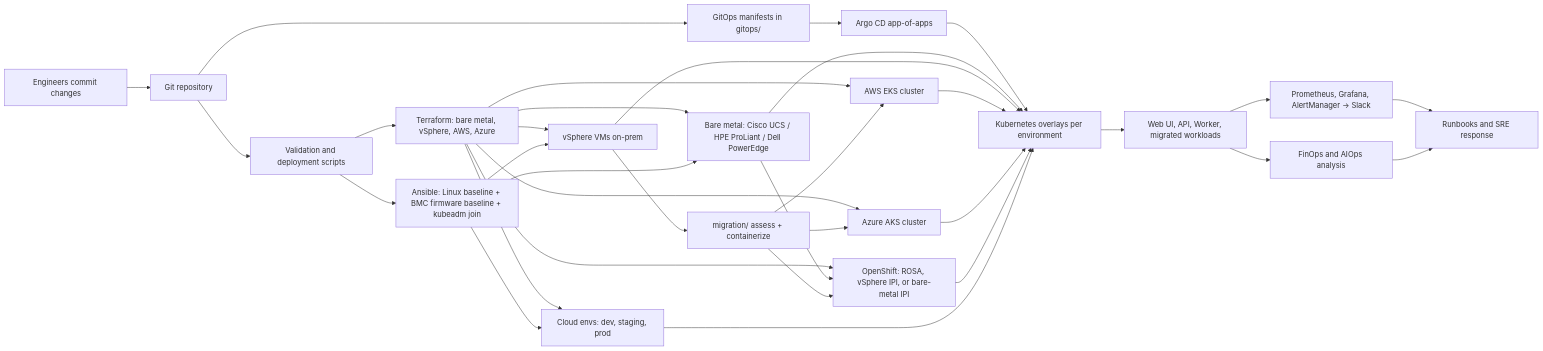
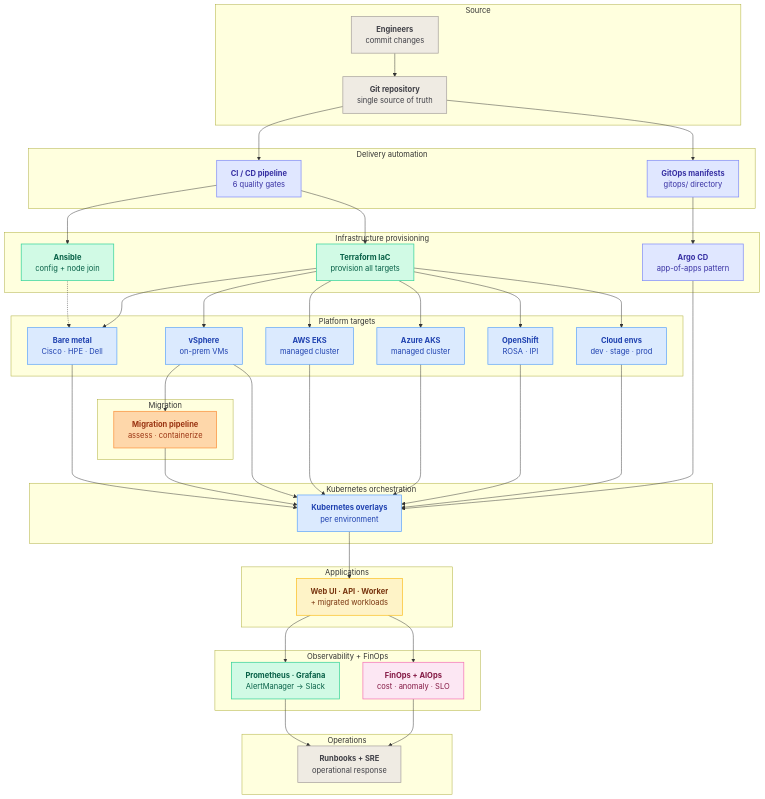
One commit to Here2ServeU/nawex-hybrid-devops-platform changed the diagram in README.md. Above: the diagram before and after it, drawn with Mermaid. The commit also changed other lines of this file, not shown here.

````diff
--- a/README.md
+++ b/README.md
@@ -36,35 +24,87 @@
 ```mermaid
-flowchart LR
-    Dev[Engineers commit changes] --> GH[Git repository]
-    GH --> CI[Validation and deployment scripts]
-    CI --> TF[Terraform: bare metal, vSphere, AWS, Azure]
-    CI --> ANS[Ansible: Linux baseline + BMC firmware baseline + kubeadm join]
-    GH --> GO[GitOps manifests in gitops/]
-    GO --> ARGO[Argo CD app-of-apps]
-    ARGO --> K8S[Kubernetes overlays per environment]
-    TF --> BM[Bare metal: Cisco UCS / HPE ProLiant / Dell PowerEdge]
-    TF --> VS[vSphere VMs on-prem]
-    TF --> EKS[AWS EKS cluster]
-    TF --> AKS[Azure AKS cluster]
-    TF --> OCP[OpenShift: ROSA, vSphere IPI, or bare-metal IPI]
-    TF --> CLOUD[Cloud envs: dev, staging, prod]
-    ANS --> BM
-    ANS --> VS
-    ANS --> CLOUD
-    BM --> OCP
-    BM --> K8S
-    VS --> K8S
-    EKS --> K8S
-    AKS --> K8S
-    OCP --> K8S
-    CLOUD --> K8S
-    VS --> MIG[migration/ assess + containerize]
-    MIG --> EKS
-    MIG --> AKS
-    MIG --> OCP
-    K8S --> APPS[Web UI, API, Worker, migrated workloads]
-    APPS --> OBS[Prometheus, Grafana, AlertManager → Slack]
-    OBS --> OPS[Runbooks and SRE response]
-    APPS --> FIN[FinOps and AIOps analysis]
-    FIN --> OPS
+flowchart TB
+    %% ───────── STYLES ─────────
+    classDef source   fill:#efebe3,stroke:#a8a29e,color:#3f3f46,stroke-width:1.5px
+    classDef delivery fill:#e0e7ff,stroke:#818cf8,color:#3730a3,stroke-width:1.5px
+    classDef infra    fill:#d1fae5,stroke:#34d399,color:#065f46,stroke-width:1.5px
+    classDef target   fill:#dbeafe,stroke:#60a5fa,color:#1e40af,stroke-width:1.5px
+    classDef migration fill:#fed7aa,stroke:#fb923c,color:#9a3412,stroke-width:1.5px
+    classDef apps     fill:#fef3c7,stroke:#fbbf24,color:#78350f,stroke-width:1.5px
+    classDef obs      fill:#d1fae5,stroke:#34d399,color:#065f46,stroke-width:1.5px
+    classDef finops   fill:#fce7f3,stroke:#f472b6,color:#831843,stroke-width:1.5px
+    classDef ops      fill:#efebe3,stroke:#a8a29e,color:#3f3f46,stroke-width:1.5px
+
+    subgraph SRC[Source]
+        DEV["<b>Engineers</b><br/>commit changes"]:::source
+        GIT["<b>Git repository</b><br/>single source of truth"]:::source
+    end
+
+    subgraph DEL[Delivery automation]
+        CI["<b>CI / CD pipeline</b><br/>6 quality gates"]:::delivery
+        GOM["<b>GitOps manifests</b><br/>gitops/ directory"]:::delivery
+    end
+
+    subgraph INF[Infrastructure provisioning]
+        ANS["<b>Ansible</b><br/>config + node join"]:::infra
+        TF["<b>Terraform IaC</b><br/>provision all targets"]:::infra
+        ARGO["<b>Argo CD</b><br/>app-of-apps pattern"]:::delivery
+    end
+
+    subgraph TGT[Platform targets]
+        BM["<b>Bare metal</b><br/>Cisco · HPE · Dell"]:::target
+        VS["<b>vSphere</b><br/>on-prem VMs"]:::target
+        EKS["<b>AWS EKS</b><br/>managed cluster"]:::target
+        AKS["<b>Azure AKS</b><br/>managed cluster"]:::target
+        OCP["<b>OpenShift</b><br/>ROSA · IPI"]:::target
+        CE["<b>Cloud envs</b><br/>dev · stage · prod"]:::target
+    end
+
+    subgraph MIG[Migration]
+        MP["<b>Migration pipeline</b><br/>assess · containerize"]:::migration
+    end
+
+    subgraph KO[Kubernetes orchestration]
+        KUBE["<b>Kubernetes overlays</b><br/>per environment"]:::target
+    end
+
+    subgraph APP[Applications]
+        WAW["<b>Web UI · API · Worker</b><br/>+ migrated workloads"]:::apps
+    end
+
+    subgraph OBSF[Observability + FinOps]
+        PROM["<b>Prometheus · Grafana</b><br/>AlertManager → Slack"]:::obs
+        FIN["<b>FinOps + AIOps</b><br/>cost · anomaly · SLO"]:::finops
+    end
+
+    subgraph OP[Operations]
+        RUN["<b>Runbooks + SRE</b><br/>operational response"]:::ops
+    end
+
+    DEV --> GIT
+    GIT --> CI
+    GIT --> GOM
+    CI --> ANS
+    CI --> TF
+    GOM --> ARGO
+    ANS -.-> BM
+    TF --> BM
+    TF --> VS
+    TF --> EKS
+    TF --> AKS
+    TF --> OCP
+    TF --> CE
+    VS --> MP
+    ARGO --> KUBE
+    BM --> KUBE
+    VS --> KUBE
+    EKS --> KUBE
+    AKS --> KUBE
+    OCP --> KUBE
+    CE --> KUBE
+    MP --> KUBE
+    KUBE --> WAW
+    WAW --> PROM
+    WAW --> FIN
+    PROM --> RUN
+    FIN --> RUN
 ```
````
